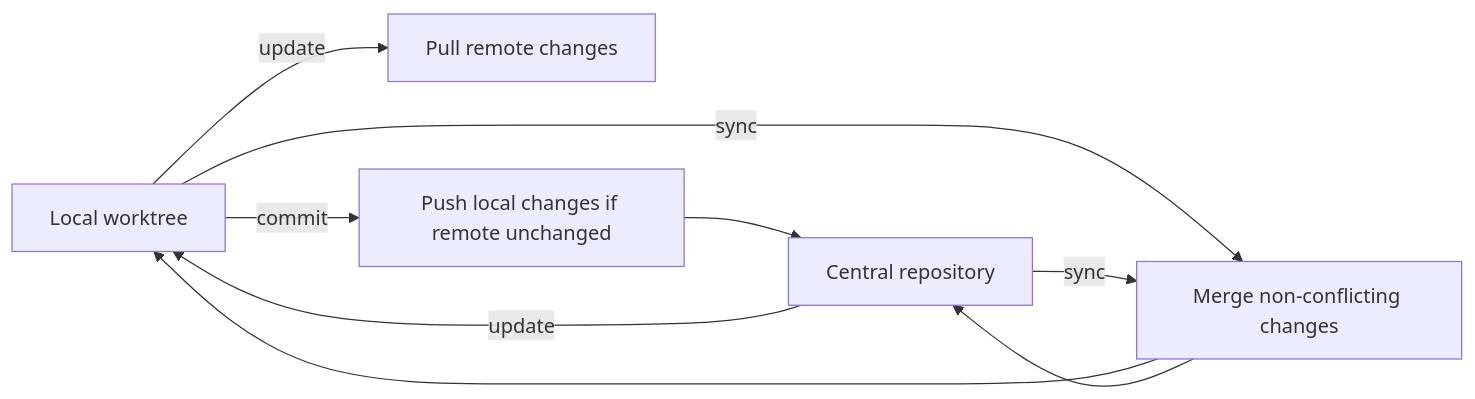
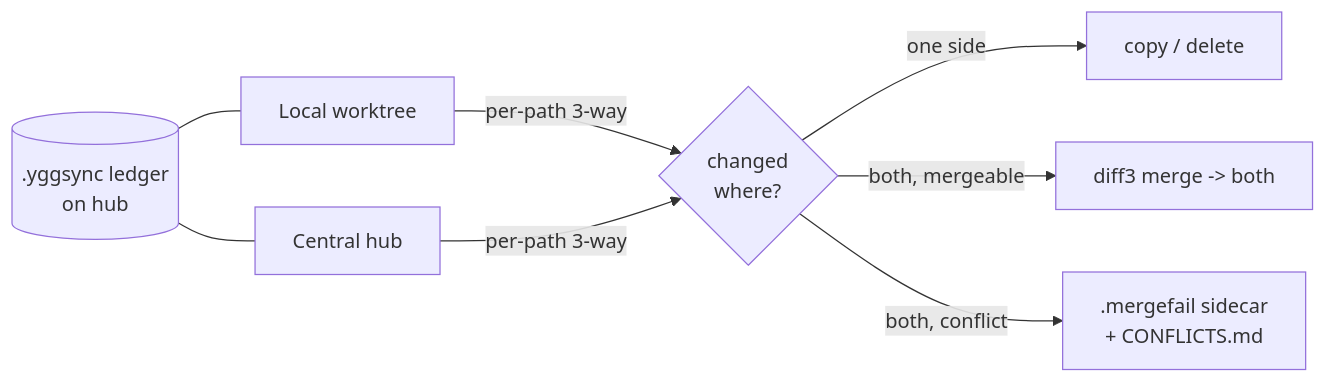
One commit to yggdrasilhq/yggsync changed the second of 2 diagrams in README.md. Above: the diagram before and after it, drawn with Mermaid. The commit also changed other lines of this file, not shown here.

First line of the commit message:
docs: update README + CHANGELOG for ledger-based worktree sync

````diff
--- a/README.md
+++ b/README.md
@@ -71,11 +87,10 @@
 ```mermaid
 flowchart LR
-    A[Local worktree] -->|update| B[Pull remote changes]
-    C[Central repository] -->|update| A
-    A -->|commit| D[Push local changes if remote unchanged]
-    D --> C
-    A -->|sync| E[Merge non-conflicting changes]
-    C -->|sync| E
-    E --> A
-    E --> C
+    L[(.yggsync ledger<br/>on hub)] --- A
+    L --- C
+    A[Local worktree] -->|per-path 3-way| E{changed<br/>where?}
+    C[Central hub] -->|per-path 3-way| E
+    E -->|one side| F[copy / delete]
+    E -->|both, mergeable| G[diff3 merge -> both]
+    E -->|both, conflict| H[.mergefail sidecar<br/>+ CONFLICTS.md]
 ```
````
